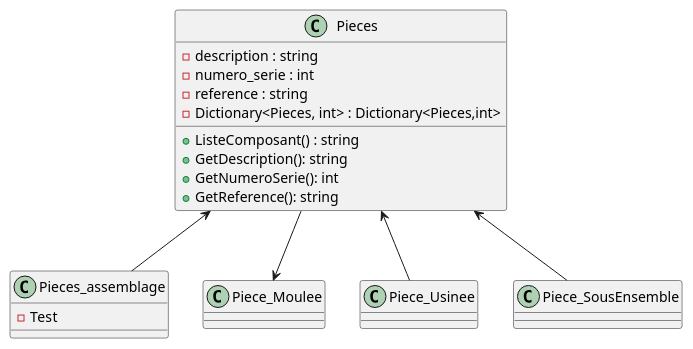
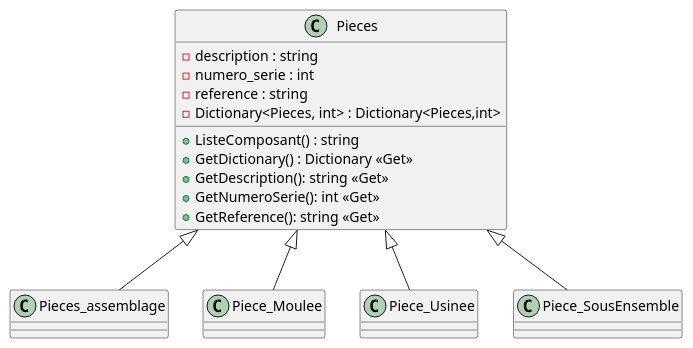
Before and after one commit to Thower56/Pieces: the diagram in Diagram.wsd, drawn with PlantUML.

Commit message:
Update Diagram

```diff
--- a/Diagram.wsd
+++ b/Diagram.wsd
@@ -1,32 +1,30 @@
 @startuml diagram
 
 class Pieces
 {
     -description : string
     -numero_serie : int
     -reference : string
     -Dictionary<Pieces, int> : Dictionary<Pieces,int>
     +ListeComposant() : string
-    +GetDescription(): string
-    +GetNumeroSerie(): int
-    +GetReference(): string
+    +GetDictionary() : Dictionary <<Get>>
+    +GetDescription(): string <<Get>>
+    +GetNumeroSerie(): int <<Get>>
+    +GetReference(): string <<Get>>
 }
 
 class Pieces_assemblage
-{
-    -Test
-}
 
 class Piece_Moulee
 
 class Piece_Usinee
 
 class Piece_SousEnsemble
 
-Pieces --> Piece_Moulee
-Pieces <-- Pieces_assemblage
-Pieces <-- Piece_Usinee
-Pieces <-- Piece_SousEnsemble
+Pieces <|-- Piece_Moulee
+Pieces <|-- Pieces_assemblage
+Pieces <|-- Piece_Usinee
+Pieces <|-- Piece_SousEnsemble
 
 
 @enduml
```
